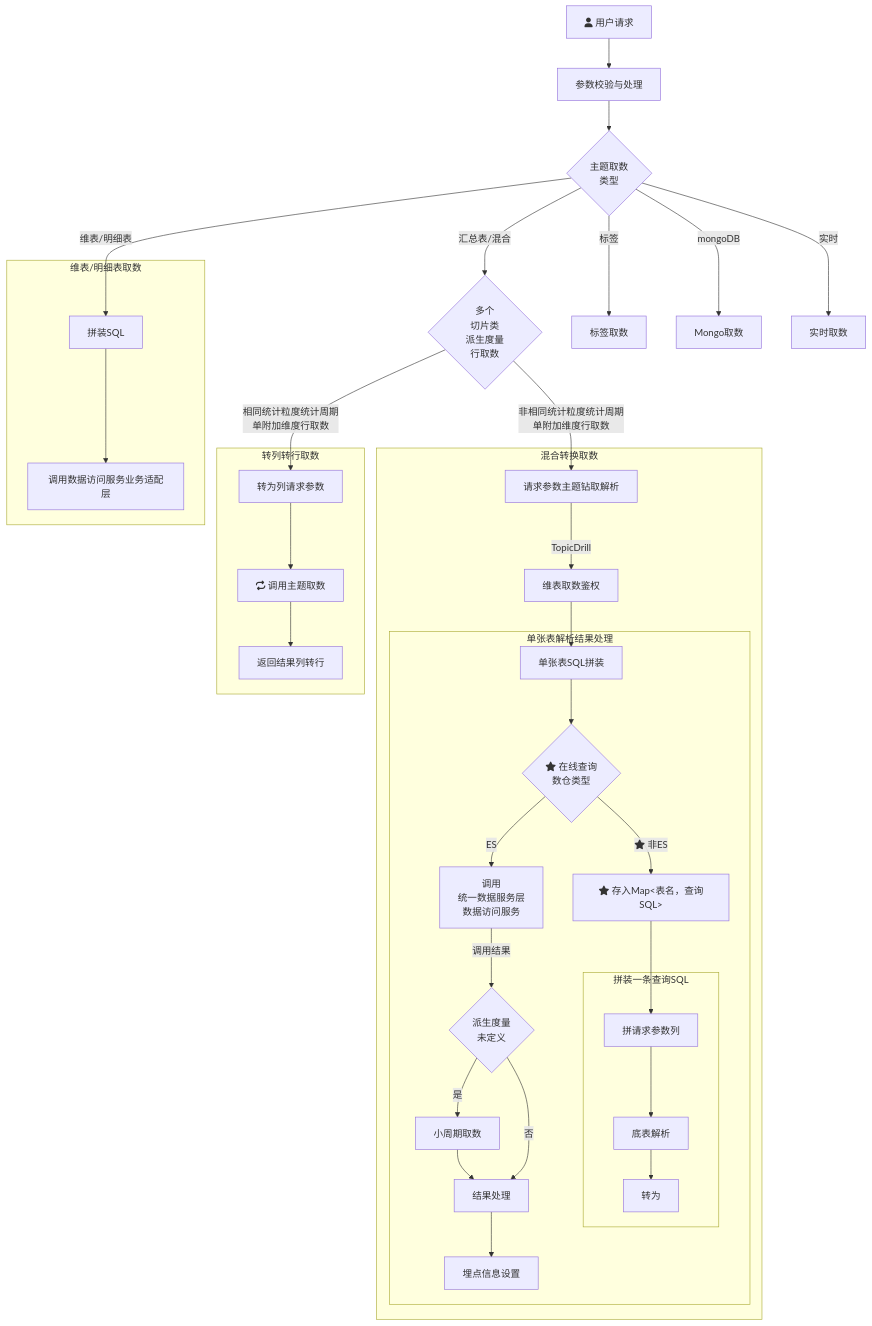
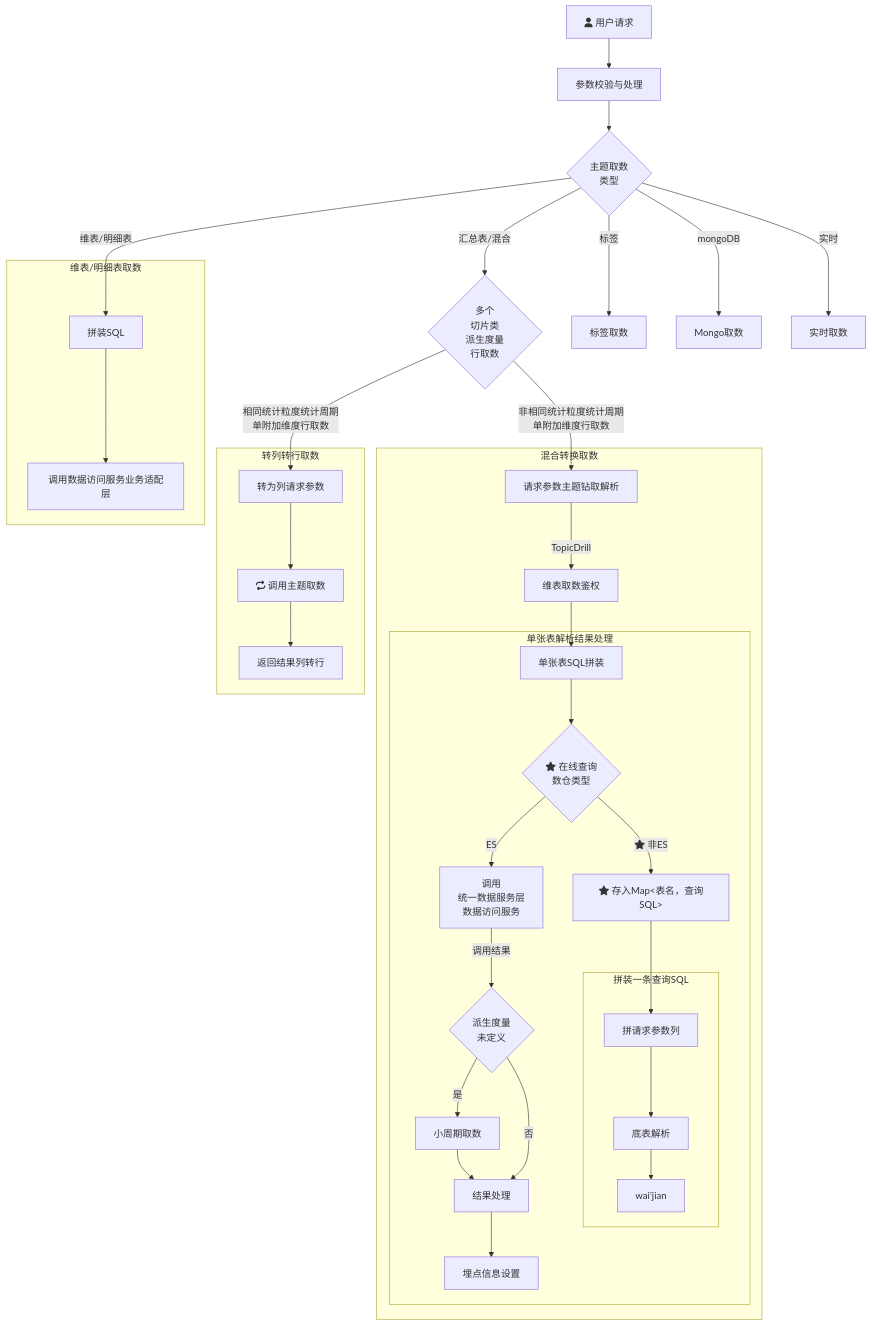
Before and after one commit to yanglosm/iodraw-files: the diagram in all/未命名.md, drawn with Mermaid.

Commit message:
2024-11-29 19:36:22 update

````diff
--- a/all/未命名.md
+++ b/all/未命名.md
@@ -1,30 +1,30 @@
 ```mermaid
 flowchart TD
     A[fa:fa-user 用户请求] -->A1[参数校验与处理] --> B{主题取数\n类型}
     B -->|维表/明细表| D[拼装SQL]
     B -->|汇总表/混合| E{多个\n切片类\n派生度量\n行取数}
     B -->|标签| F[标签取数]
     B -->|mongoDB| G[Mongo取数]
     B -->|实时| H[实时取数]
     E -->|相同统计粒度统计周期\n单附加维度行取数| E1[转为列请求参数]
     E -->|非相同统计粒度统计周期\n单附加维度行取数| T1[请求参数主题钻取解析]
     subgraph 维表/明细表取数
     D-->D1[调用数据访问服务业务适配层]
     end
     subgraph 转列转行取数
     E1-->E11[fa:fa-repeat 调用主题取数]-->E12[返回结果列转行]
     end
     subgraph 混合转换取数
     T1-->|TopicDrill| T2[维表取数鉴权] --> T31[单张表SQL拼装]
         subgraph 单张表解析结果处理
         T31 --> T4{fa:fa-star 在线查询\n数仓类型}-->|ES|T32[调用\n统一数据服务层\n数据访问服务] --> |调用结果|T33{派生度量\n未定义}
         T33 --> |是|T33_1[小周期取数]-->T34[结果处理]-->T35[埋点信息设置]
         T33 --> |否|T34
         T4 --> |fa:fa-star 非ES|T41["fa:fa-star 存入Map<表名，查询SQL>"]
         T41 --> T42[拼请求参数列]
             subgraph 拼装一条查询SQL
-            T42 --> M1[底表解析] --> M2[转为]
+            T42 --> M1[底表解析] --> M2[wai'jian]
             end
         end
     end
 ```
````
